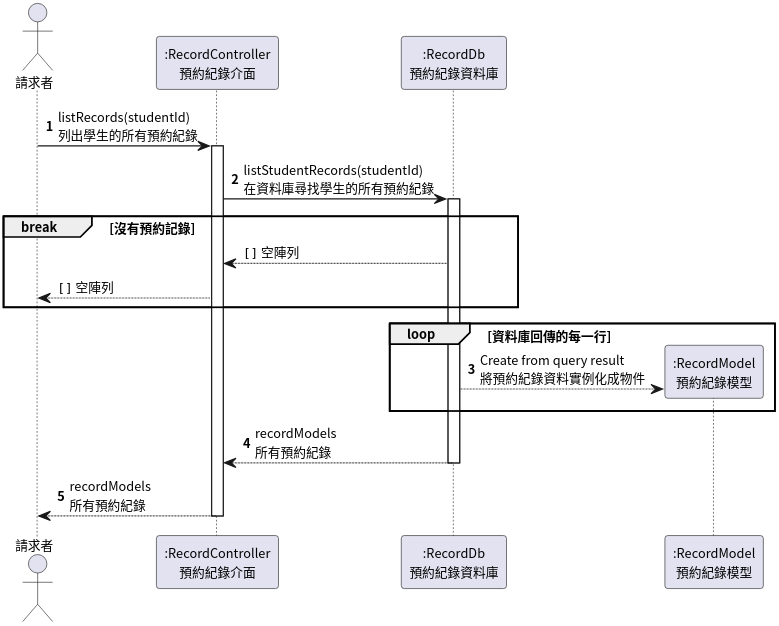
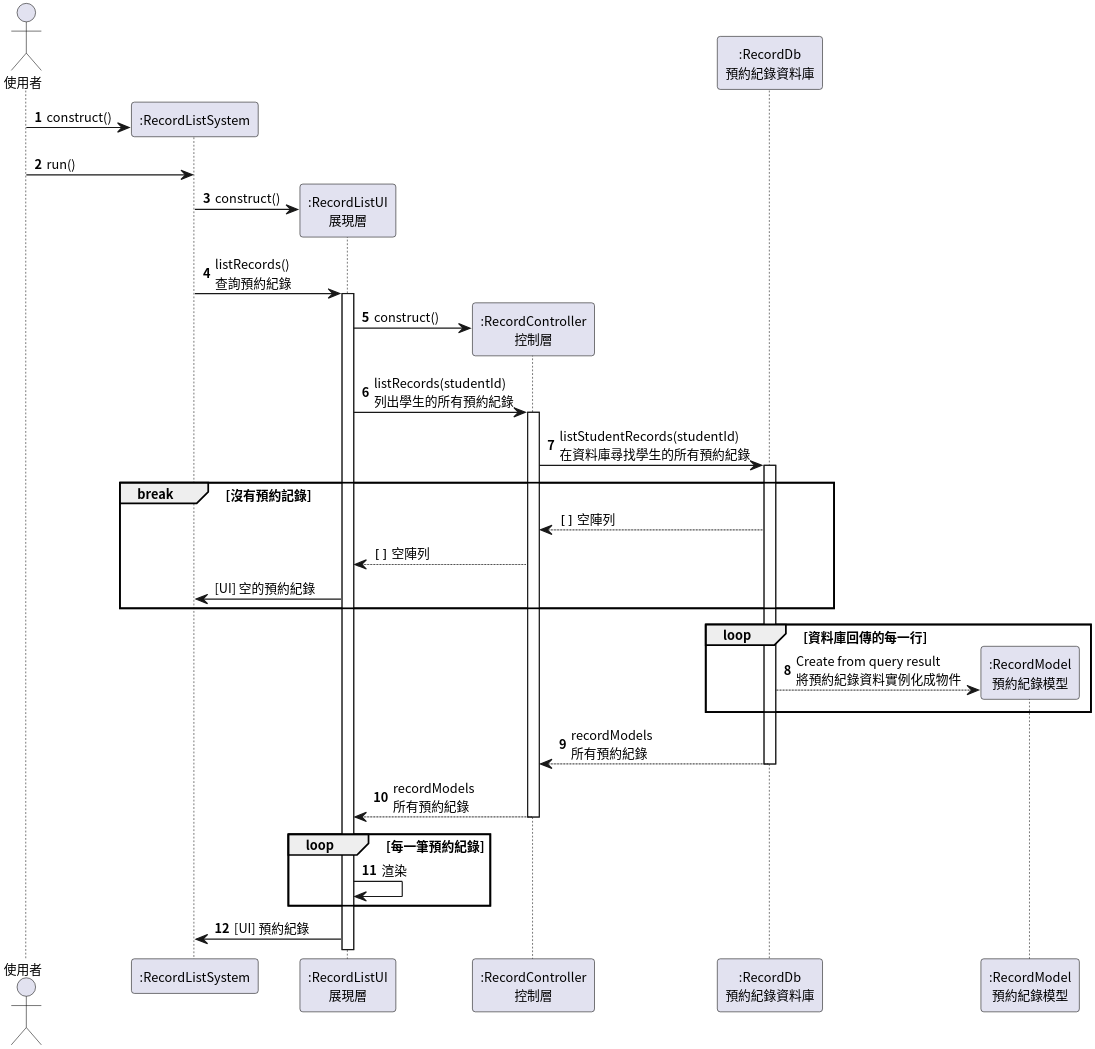
One commit to pan93412/nkust-homework changed the fifth of 6 diagrams in semester-4/system-analysis/localized/sequence-diagram.plantuml. Above: the diagram before and after it, drawn with PlantUML. The commit also changed other lines of this file and 2 other files, not shown here.

Commit message:
s4: system-analysis: class-diagram: Clean up

```diff
--- a/semester-4/system-analysis/localized/sequence-diagram.plantuml
+++ b/semester-4/system-analysis/localized/sequence-diagram.plantuml
@@ -149,31 +213,48 @@
 @startuml RecordListRecords
 
 autonumber
 skinparam dpi 300
 skinparam linetype ortho
 skinparam defaultFontSize 11
 skinparam defaultFontName "Noto Sans CJK TC"
 
-actor Requester as "請求者"
-participant RecordController as ":RecordController\n預約紀錄介面"
+actor Requester as "使用者"
+participant RecordListSystem as ":RecordListSystem"
+participant RecordListUI as ":RecordListUI\n展現層"
+participant RecordController as ":RecordController\n控制層"
 participant RecordDb as ":RecordDb\n預約紀錄資料庫"
 
-Requester -> RecordController ++: listRecords(studentId)\n列出學生的所有預約紀錄
+Requester -> RecordListSystem **: construct()
+Requester -> RecordListSystem: run()
+
+RecordListSystem -> RecordListUI **: construct()
+RecordListSystem -> RecordListUI ++: listRecords()\n查詢預約紀錄
+
+RecordListUI -> RecordController **: construct()
+RecordListUI -> RecordController ++: listRecords(studentId)\n列出學生的所有預約紀錄
+
 RecordController -> RecordDb ++: listStudentRecords(studentId)\n在資料庫尋找學生的所有預約紀錄
 
 break 沒有預約記錄
     autonumber stop
     RecordController <-- RecordDb: ""[]"" 空陣列
-    Requester <-- RecordController: ""[]"" 空陣列
+    RecordListUI <-- RecordController: ""[]"" 空陣列
+    RecordListSystem <- RecordListUI: [UI] 空的預約紀錄
 end
 
 autonumber resume
 loop 資料庫回傳的每一行
 create participant RecordModel as ":RecordModel\n預約紀錄模型"
 RecordDb --> RecordModel **: Create from query result\n將預約紀錄資料實例化成物件
 end
 
 return recordModels\n所有預約紀錄
 return recordModels\n所有預約紀錄
 
+loop 每一筆預約紀錄
+    RecordListUI -> RecordListUI: 渲染
+end
+
+RecordListSystem <- RecordListUI: [UI] 預約紀錄
+
 @enduml
```
